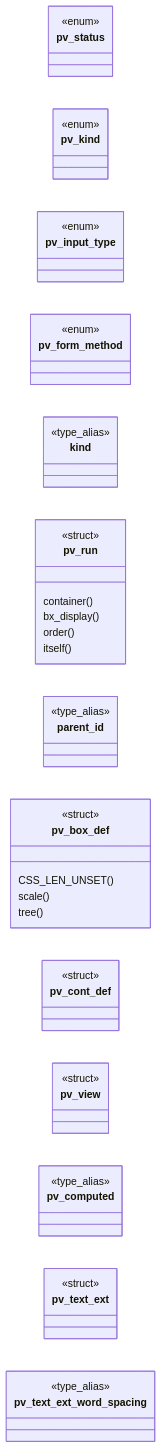
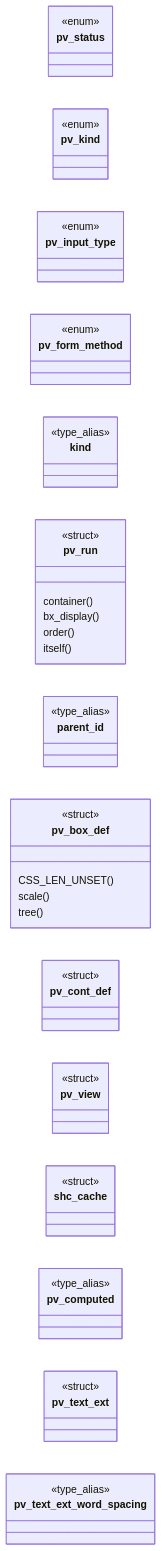
Before and after one commit to grisuno/FreeDom: the first of 2 diagrams in readmenator-apidocs/modules/include.page_view.h.md, drawn with Mermaid. The commit also changed other lines of this file and 221 other files, not shown here.

````diff
--- a/readmenator-apidocs/modules/include.page_view.h.md
+++ b/readmenator-apidocs/modules/include.page_view.h.md
@@ -15,39 +15,41 @@
 ```mermaid
 classDiagram
     direction LR
     class pv_status
     <<enum>> pv_status
     class pv_kind
     <<enum>> pv_kind
     class pv_input_type
     <<enum>> pv_input_type
     class pv_form_method
     <<enum>> pv_form_method
     class kind
     <<type_alias>> kind
     class pv_run
     <<struct>> pv_run
     pv_run : container()
     pv_run : bx_display()
     pv_run : order()
     pv_run : itself()
     class parent_id
     <<type_alias>> parent_id
     class pv_box_def
     <<struct>> pv_box_def
     pv_box_def : CSS_LEN_UNSET()
     pv_box_def : scale()
     pv_box_def : tree()
     class parent_id
     <<type_alias>> parent_id
     class pv_cont_def
     <<struct>> pv_cont_def
     class pv_view
     <<struct>> pv_view
+    class shc_cache
+    <<struct>> shc_cache
     class pv_computed
     <<type_alias>> pv_computed
     class pv_text_ext
     <<struct>> pv_text_ext
     class pv_text_ext_word_spacing
     <<type_alias>> pv_text_ext_word_spacing
 ```
````
